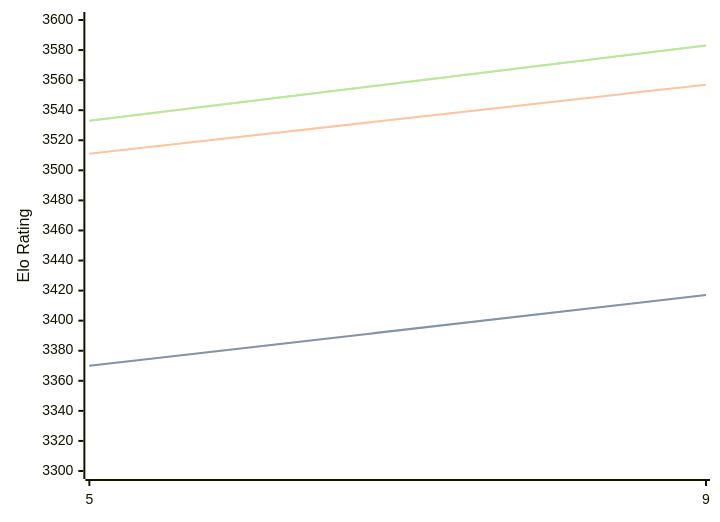
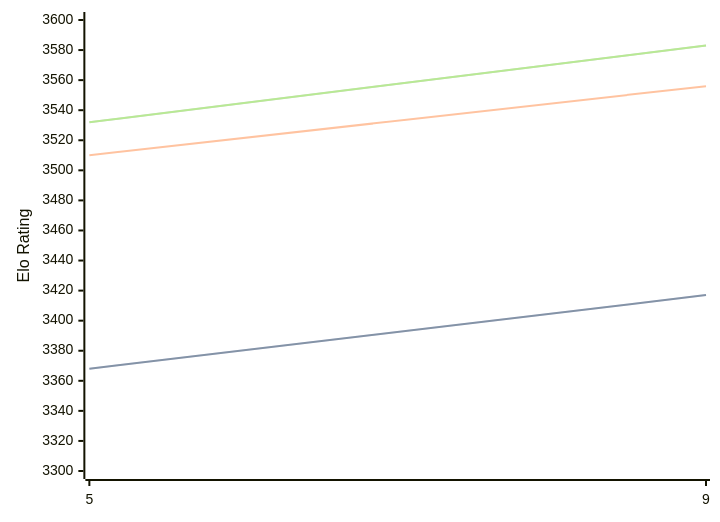
Before and after one commit to computer-chess-index/cci: the diagram in engines/Crystal.md, drawn with Mermaid. The commit also changed other lines of this file, not shown here.

Commit message:
Update CCI Ratings (ELO VLTC) - 2026-08-11

````diff
--- a/engines/Crystal.md
+++ b/engines/Crystal.md
@@ -32,11 +32,11 @@
 ```mermaid
 %%{init: {"theme":"base","themeVariables":{"seriesColors:['#a3a3a3','#222221','#faa371']}}}%%
 xychart-beta
   x-axis ["5", "9"]
   y-axis "Elo Rating" 3300 --> 3600
-  line "STC (8.0+0.08s)" [3370, 3417]
-  line "STC (8.0+0.08s)" [3370, 3417]
-  line "LTC (60.0+0.60s)" [3511, 3557]
-  line "VLTC (2m24s+1.12s)" [3533, 3583]
-  line "VLTC (2m24s+1.12s)" [3533, 3583]
+  line "STC (8.0+0.08s)" [3368, 3417]
+  line "STC (8.0+0.08s)" [3368, 3417]
+  line "LTC (60.0+0.60s)" [3510, 3556]
+  line "VLTC (2m24s+1.12s)" [3532, 3583]
+  line "VLTC (2m24s+1.12s)" [3532, 3583]
 ```
````
